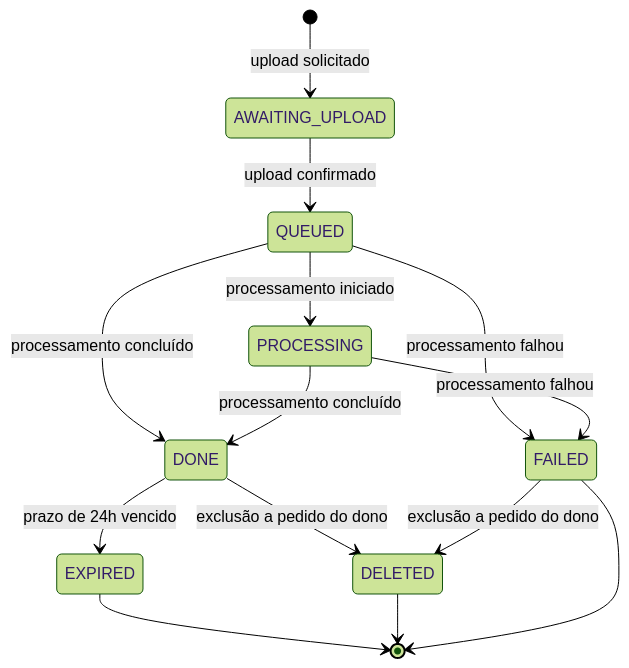
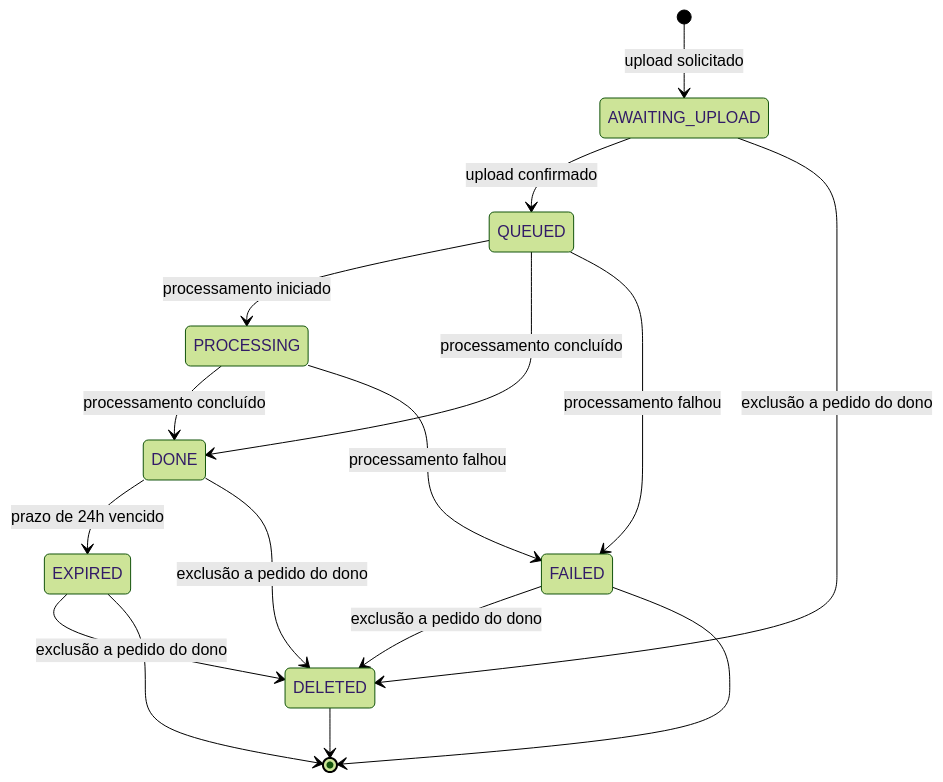
Before and after one commit to knzt/zipframes: the second of 2 diagrams in docs/domain/dominio.md, drawn with Mermaid (forest theme). The commit also changed other lines of this file and 8 other files, not shown here.

````diff
--- a/docs/domain/dominio.md
+++ b/docs/domain/dominio.md
@@ -114,16 +114,18 @@
 ```mermaid
 stateDiagram-v2
   [*] --> AWAITING_UPLOAD: upload solicitado
   AWAITING_UPLOAD --> QUEUED: upload confirmado
   QUEUED --> PROCESSING: processamento iniciado
   QUEUED --> DONE: processamento concluído
   QUEUED --> FAILED: processamento falhou
   PROCESSING --> DONE: processamento concluído
   PROCESSING --> FAILED: processamento falhou
   DONE --> EXPIRED: prazo de 24h vencido
+  AWAITING_UPLOAD --> DELETED: exclusão a pedido do dono
   DONE --> DELETED: exclusão a pedido do dono
   FAILED --> DELETED: exclusão a pedido do dono
+  EXPIRED --> DELETED: exclusão a pedido do dono
   EXPIRED --> [*]
   DELETED --> [*]
   FAILED --> [*]
 ```
````
